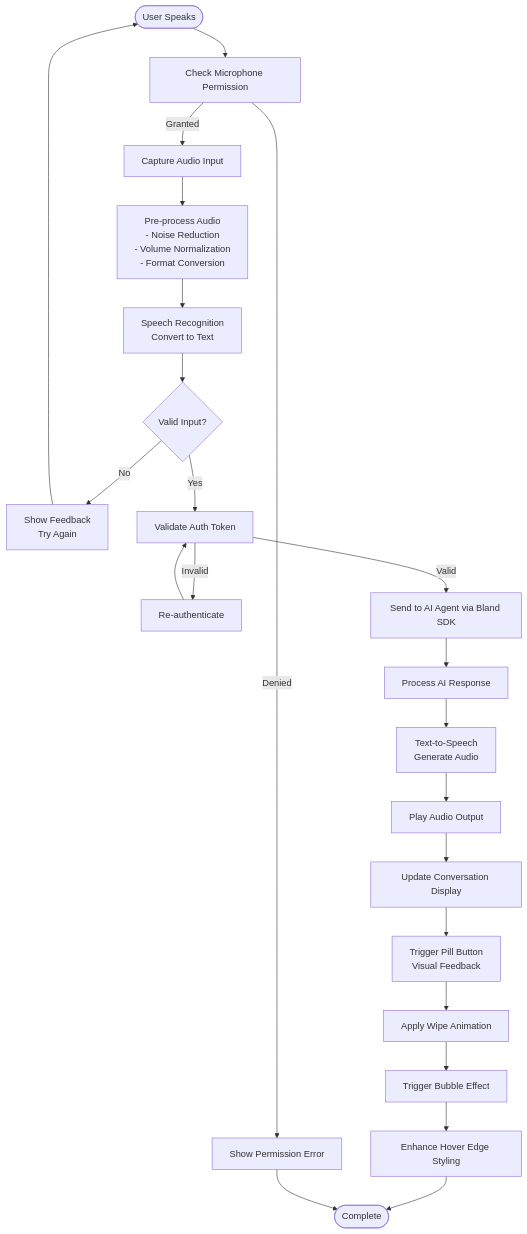
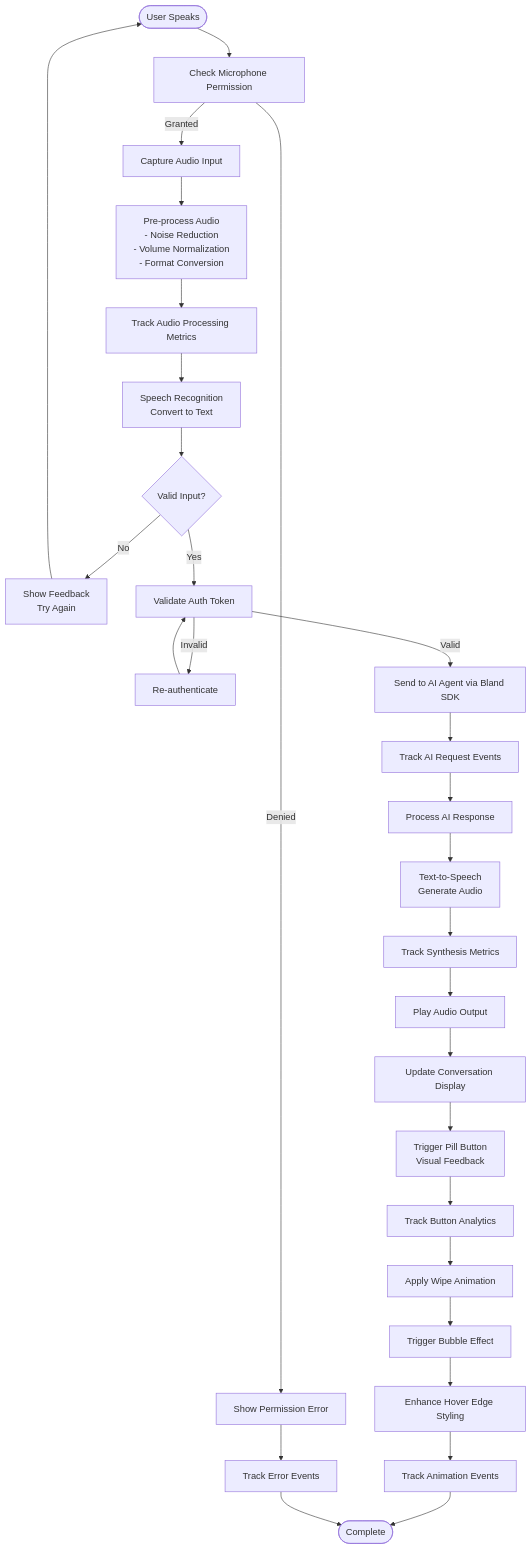
One commit to Theja4/podiummomentum changed the sixth of 9 diagrams in .qoder/repowiki/en/content/Component Architecture/Core Components/Voice AI Agent Demo.md. Above: the diagram before and after it, drawn with Mermaid. The commit also changed other lines of this file and 48 other files, not shown here.

````diff
--- a/.qoder/repowiki/en/content/Component Architecture/Core Components/Voice AI Agent Demo.md
+++ b/.qoder/repowiki/en/content/Component Architecture/Core Components/Voice AI Agent Demo.md
@@ -247,25 +385,31 @@
 ```mermaid
 flowchart TD
 Start([User Speaks]) --> Permission["Check Microphone Permission"]
 Permission --> |Granted| Capture["Capture Audio Input"]
 Permission --> |Denied| Error["Show Permission Error"]
 Capture --> PreProcess["Pre-process Audio<br/>- Noise Reduction<br/>- Volume Normalization<br/>- Format Conversion"]
-PreProcess --> Recognize["Speech Recognition<br/>Convert to Text"]
+PreProcess --> TrackAudio["Track Audio Processing Metrics"]
+TrackAudio --> Recognize["Speech Recognition<br/>Convert to Text"]
 Recognize --> Validate{"Valid Input?"}
 Validate --> |No| Feedback["Show Feedback<br/>Try Again"]
 Validate --> |Yes| Auth["Validate Auth Token"]
 Auth --> |Invalid| Reauth["Re-authenticate"]
 Auth --> |Valid| Send["Send to AI Agent via Bland SDK"]
-Send --> Process["Process AI Response"]
+Send --> TrackAI["Track AI Request Events"]
+TrackAI --> Process["Process AI Response"]
 Process --> Synthesize["Text-to-Speech<br/>Generate Audio"]
-Synthesize --> Play["Play Audio Output"]
+Synthesize --> TrackSynthesis["Track Synthesis Metrics"]
+TrackSynthesis --> Play["Play Audio Output"]
 Play --> UpdateUI["Update Conversation Display"]
 UpdateUI --> ButtonFeedback["Trigger Pill Button<br/>Visual Feedback"]
-ButtonFeedback --> WipeAnim["Apply Wipe Animation"]
+ButtonFeedback --> TrackButton["Track Button Analytics"]
+TrackButton --> WipeAnim["Apply Wipe Animation"]
 WipeAnim --> BubbleEffect["Trigger Bubble Effect"]
 BubbleEffect --> HoverEdge["Enhance Hover Edge Styling"]
-HoverEdge --> End([Complete])
-Error --> End
+HoverEdge --> TrackAnimation["Track Animation Events"]
+TrackAnimation --> End([Complete])
+Error --> TrackError["Track Error Events"]
+TrackError --> End
 Feedback --> Start
 Reauth --> Auth
 ```
````
